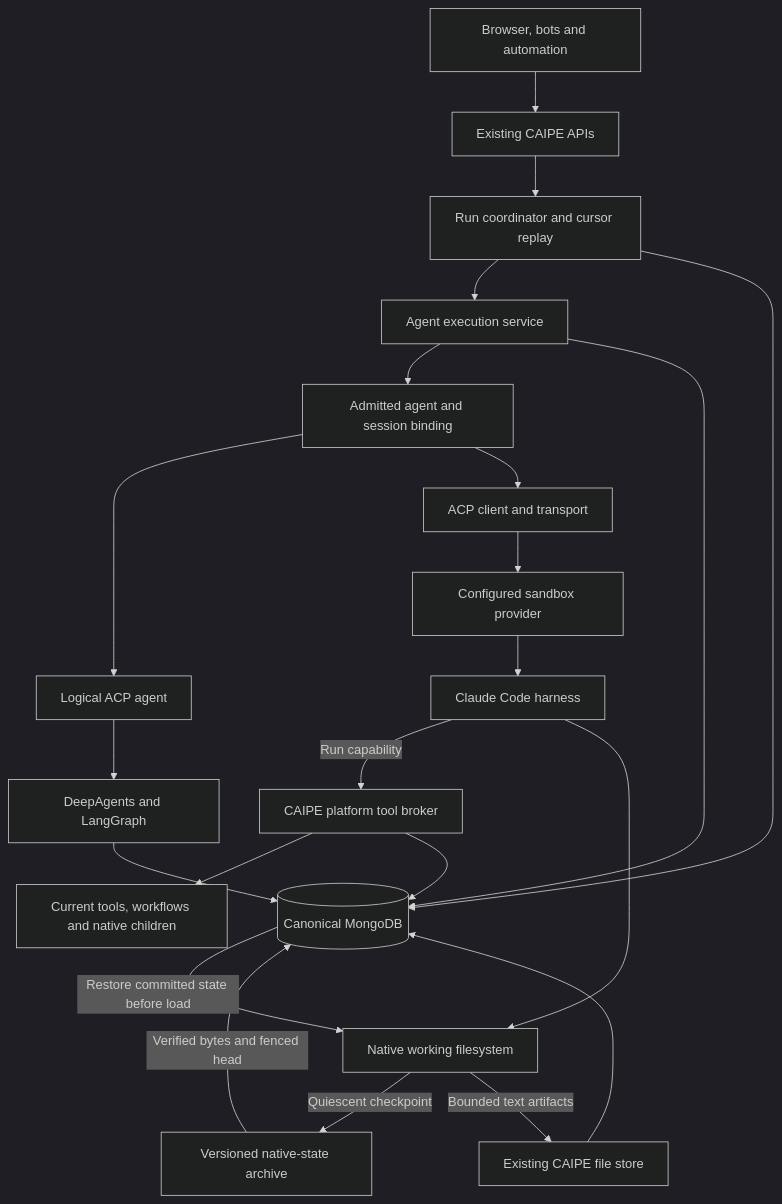
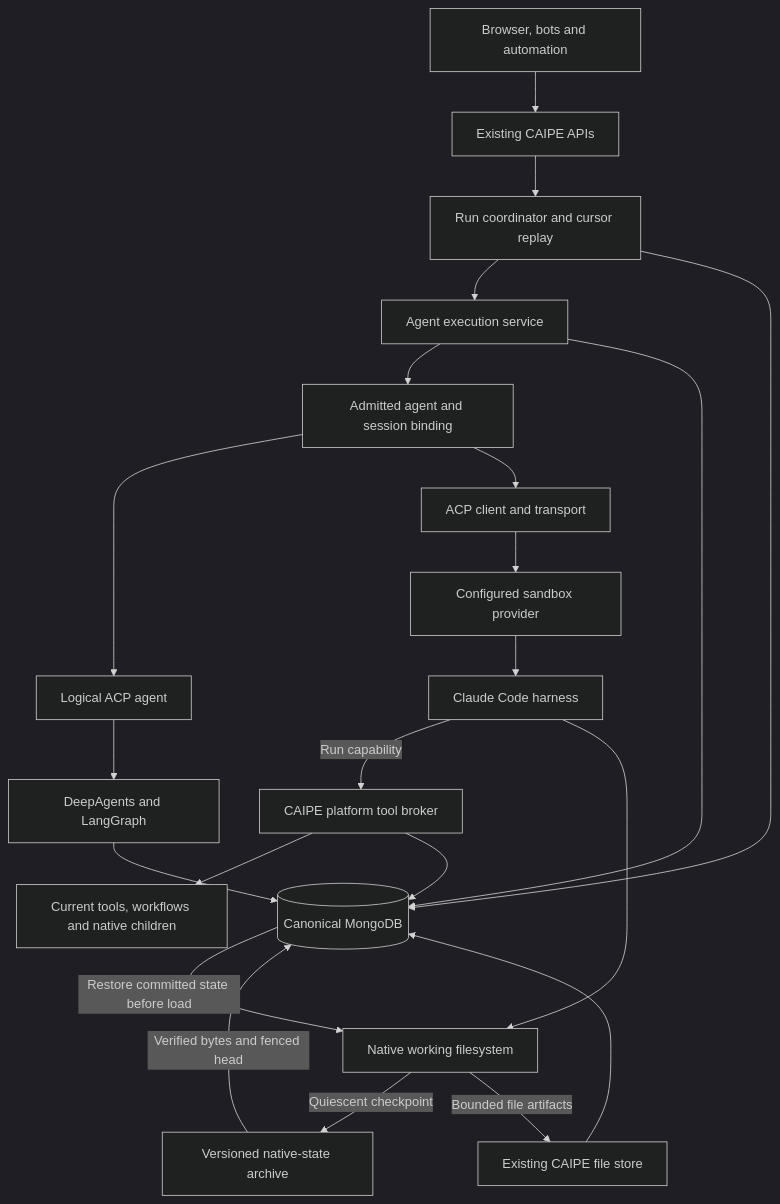
One commit to cnoe-io/ai-platform-engineering changed the first of 2 diagrams in docs/docs/architecture/native-acp-metaharness.md. Above: the diagram before and after it, drawn with Mermaid (dark theme). The commit also changed other lines of this file and 28 other files, not shown here.

````diff
--- a/docs/docs/architecture/native-acp-metaharness.md
+++ b/docs/docs/architecture/native-acp-metaharness.md
@@ -42,24 +42,24 @@
 ```mermaid
 flowchart TB
   Clients[Browser, bots and automation] --> Routes[Existing CAIPE APIs]
   Routes --> Runs[Run coordinator and cursor replay]
   Runs --> Execution[Agent execution service]
   Runs --> DB[(Canonical MongoDB)]
   Execution --> Binding[Admitted agent and session binding]
   Binding --> Native[Logical ACP agent]
   Native --> Deep[DeepAgents and LangGraph]
   Binding --> Remote[ACP client and transport]
   Remote --> Provider[Configured sandbox provider]
   Provider --> Harness[Claude Code harness]
   Harness -->|Run capability| Broker[CAIPE platform tool broker]
   Broker --> Tools[Current tools, workflows and native children]
   Deep --> DB
   Execution --> DB
   Broker --> DB
   Harness --> Workspace[Native working filesystem]
   Workspace -->|Quiescent checkpoint| Checkpoints[Versioned native-state archive]
   Checkpoints -->|Verified bytes and fenced head| DB
   DB -->|Restore committed state before load| Workspace
-  Workspace -->|Bounded text artifacts| Files[Existing CAIPE file store]
+  Workspace -->|Bounded file artifacts| Files[Existing CAIPE file store]
   Files --> DB
 ```
````
